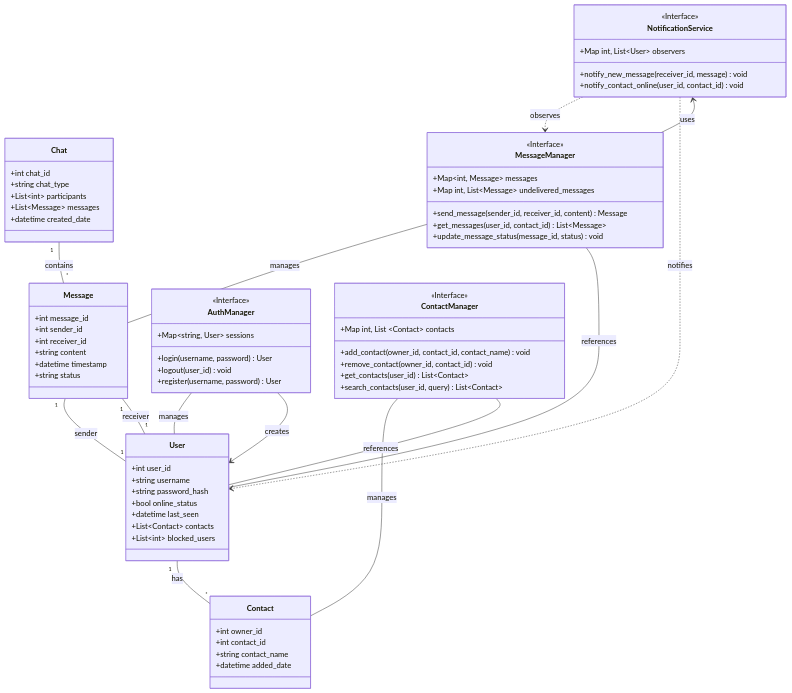
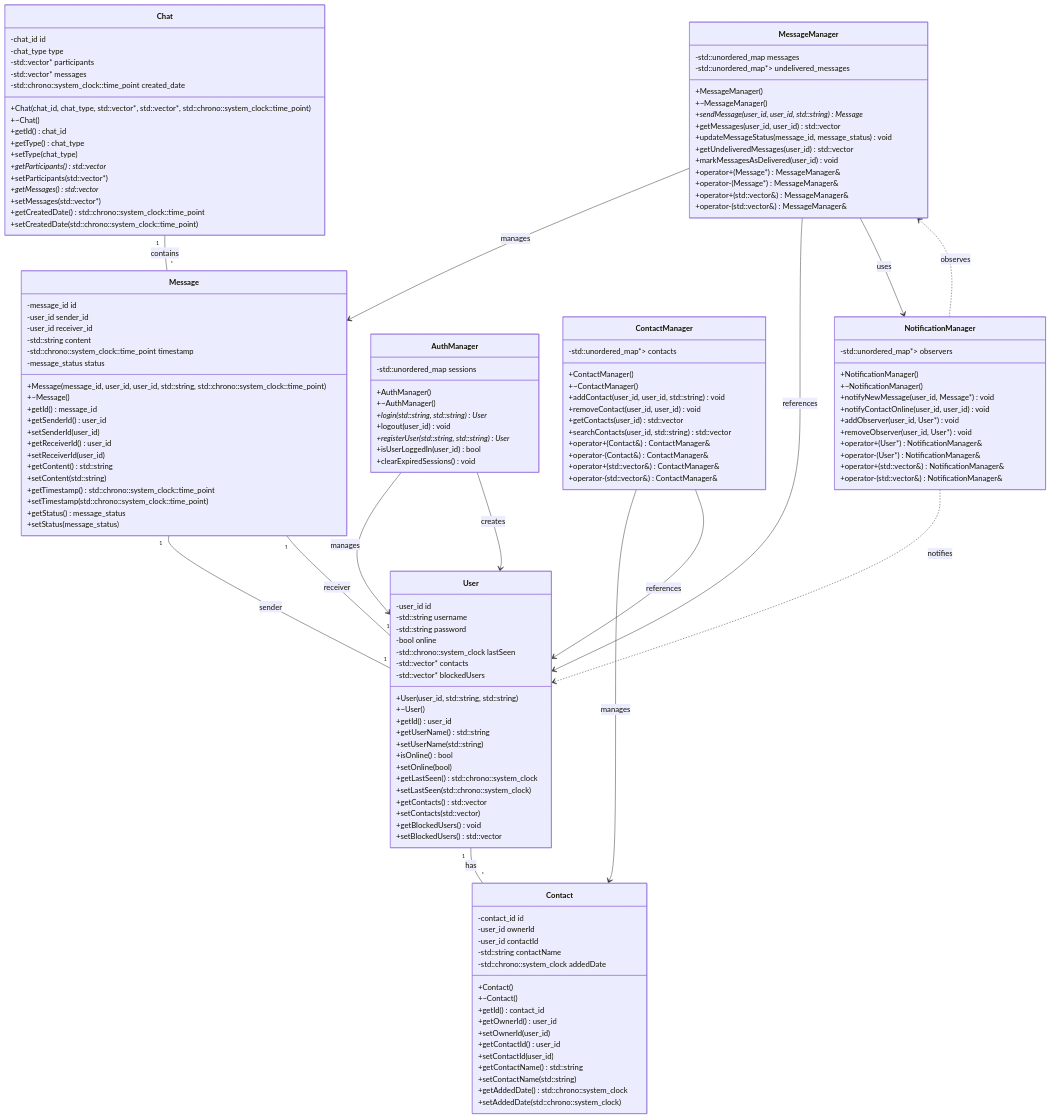
Before and after one commit to Nikki-kun/MINM: the diagram in diagram.mmd, drawn with Mermaid.

Commit message:
update diagram

```diff
--- a/diagram.mmd
+++ b/diagram.mmd
@@ -1,83 +1,153 @@
 classDiagram
 direction TB
     class User {
-	    +int user_id
-	    +string username
-	    +string password_hash
-	    +bool online_status
-	    +datetime last_seen
-	    +List~Contact~ contacts
-	    +List~int~ blocked_users
+        -user_id id
+        -std::string username
+        -std::string password
+        -bool online
+        -std::chrono::system_clock lastSeen
+        -std::vector<Contact>* contacts
+        -std::vector<Contact>* blockedUsers
+        +User(user_id, std::string, std::string)
+        +~User()
+        +getId() user_id
+        +getUserName() std::string
+        +setUserName(std::string)
+        +isOnline() bool
+        +setOnline(bool)
+        +getLastSeen() std::chrono::system_clock
+        +setLastSeen(std::chrono::system_clock)
+        +getContacts() std::vector<Contact>
+        +setContacts(std::vector<Contact>)
+        +getBlockedUsers() void
+        +setBlockedUsers() std::vector<Contact>
     }
 
     class Contact {
-	    +int owner_id
-	    +int contact_id
-	    +string contact_name
-	    +datetime added_date
+        -contact_id id
+        -user_id ownerId
+        -user_id contactId
+        -std::string contactName
+        -std::chrono::system_clock addedDate
+        +Contact()
+        +~Contact()
+        +getId() contact_id
+        +getOwnerId() user_id
+        +setOwnerId(user_id)
+        +getContactId() user_id
+        +setContactId(user_id)
+        +getContactName() std::string
+        +setContactName(std::string)
+        +getAddedDate() std::chrono::system_clock
+        +setAddedDate(std::chrono::system_clock)
     }
 
     class Message {
-	    +int message_id
-	    +int sender_id
-	    +int receiver_id
-	    +string content
-	    +datetime timestamp
-	    +string status
+        -message_id id
+        -user_id sender_id
+        -user_id receiver_id
+        -std::string content
+        -std::chrono::system_clock::time_point timestamp
+        -message_status status
+        +Message(message_id, user_id, user_id, std::string, std::chrono::system_clock::time_point)
+        +~Message()
+        +getId() message_id
+        +getSenderId() user_id
+        +setSenderId(user_id)
+        +getReceiverId() user_id
+        +setReceiverId(user_id)
+        +getContent() std::string
+        +setContent(std::string)
+        +getTimestamp() std::chrono::system_clock::time_point
+        +setTimestamp(std::chrono::system_clock::time_point)
+        +getStatus() message_status
+        +setStatus(message_status)
     }
 
     class Chat {
-	    +int chat_id
-	    +string chat_type
-	    +List~int~ participants
-	    +List~Message~ messages
-	    +datetime created_date
+        -chat_id id
+        -chat_type type
+        -std::vector<user_id>* participants
+        -std::vector<message_id>* messages
+        -std::chrono::system_clock::time_point created_date
+        +Chat(chat_id, chat_type, std::vector<user_id>*, std::vector<message_id>*, std::chrono::system_clock::time_point)
+        +~Chat()
+        +getId() chat_id
+        +getType() chat_type
+        +setType(chat_type)
+        +getParticipants() std::vector<user_id>*
+        +setParticipants(std::vector<user_id>*)
+        +getMessages() std::vector<message_id>*
+        +setMessages(std::vector<message_id>*)
+        +getCreatedDate() std::chrono::system_clock::time_point
+        +setCreatedDate(std::chrono::system_clock::time_point)
     }
 
     class AuthManager {
-	    +Map~string, User~ sessions
-	    +login(username, password) User
-	    +logout(user_id) void
-	    +register(username, password) User
+        -std::unordered_map<std::string, User*> sessions
+        +AuthManager()
+        +~AuthManager()
+        +login(std::string, std::string) User*
+        +logout(user_id) void
+        +registerUser(std::string, std::string) User*
+        +isUserLoggedIn(user_id) bool
+        +clearExpiredSessions() void
     }
 
     class ContactManager {
-	    +Map int, List ~Contact~  contacts
-	    +add_contact(owner_id, contact_id, contact_name) void
-	    +remove_contact(owner_id, contact_id) void
-	    +get_contacts(user_id) List~Contact~
-	    +search_contacts(user_id, query) List~Contact~
-    }
-
-    class NotificationService {
-	    +Map int, List~User~ observers
-	    +notify_new_message(receiver_id, message) void
-	    +notify_contact_online(user_id, contact_id) void
+        -std::unordered_map<user_id, std::vector<Contact>*> contacts
+        +ContactManager()
+        +~ContactManager()
+        +addContact(user_id, user_id, std::string) void
+        +removeContact(user_id, user_id) void
+        +getContacts(user_id) std::vector<Contact>
+        +searchContacts(user_id, std::string) std::vector<Contact>
+        +operator+(Contact&) ContactManager&
+        +operator-(Contact&) ContactManager&
+        +operator+(std::vector<Contact>&) ContactManager&
+        +operator-(std::vector<Contact>&) ContactManager&
     }
 
     class MessageManager {
-	    +Map~int, Message~ messages
-	    +Map int, List~Message~ undelivered_messages
-	    +send_message(sender_id, receiver_id, content) Message
-	    +get_messages(user_id, contact_id) List~Message~
-	    +update_message_status(message_id, status) void
+        -std::unordered_map<message_id, Message*> messages
+        -std::unordered_map<user_id, std::vector<Message*>*> undelivered_messages
+        +MessageManager()
+        +~MessageManager()
+        +sendMessage(user_id, user_id, std::string) Message*
+        +getMessages(user_id, user_id) std::vector<Message*>
+        +updateMessageStatus(message_id, message_status) void
+        +getUndeliveredMessages(user_id) std::vector<Message*>
+        +markMessagesAsDelivered(user_id) void
+        +operator+(Message*) MessageManager&
+        +operator-(Message*) MessageManager&
+        +operator+(std::vector<Message*>&) MessageManager&
+        +operator-(std::vector<Message*>&) MessageManager&
     }
 
-	<<Interface>> AuthManager
-	<<Interface>> ContactManager
-	<<Interface>> NotificationService
-	<<Interface>> MessageManager
+    class NotificationManager {
+        -std::unordered_map<user_id, std::vector<User*>*> observers
+        +NotificationManager()
+        +~NotificationManager()
+        +notifyNewMessage(user_id, Message*) void
+        +notifyContactOnline(user_id, user_id) void
+        +addObserver(user_id, User*) void
+        +removeObserver(user_id, User*) void
+        +operator+(User*) NotificationManager&
+        +operator-(User*) NotificationManager&
+        +operator+(std::vector<User*>&) NotificationManager&
+        +operator-(std::vector<User*>&) NotificationManager&
+    }
 
     User "1" -- "*" Contact : has
     Chat "1" -- "*" Message : contains
     Message "1" -- "1" User : sender
     Message "1" -- "1" User : receiver
-    AuthManager -- User : manages
-    ContactManager -- Contact : manages
-    ContactManager -- User : references
-    MessageManager -- Message : manages
-    MessageManager -- User : references
-    NotificationService ..> MessageManager : observes
-    NotificationService ..> User : notifies
-    MessageManager --> NotificationService : uses
+    AuthManager --> User : manages
+    ContactManager --> Contact : manages
+    ContactManager --> User : references
+    MessageManager --> Message : manages
+    MessageManager --> User : references
+    NotificationManager ..> MessageManager : observes
+    NotificationManager ..> User : notifies
+    MessageManager --> NotificationManager : uses
     AuthManager --> User : creates
```
